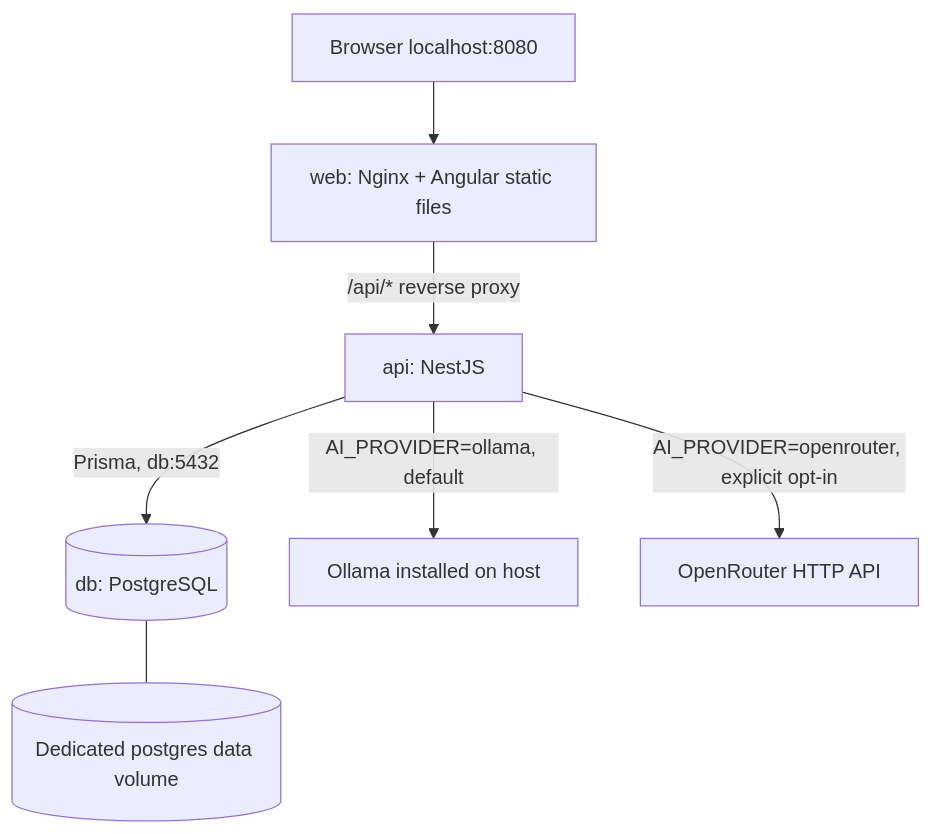
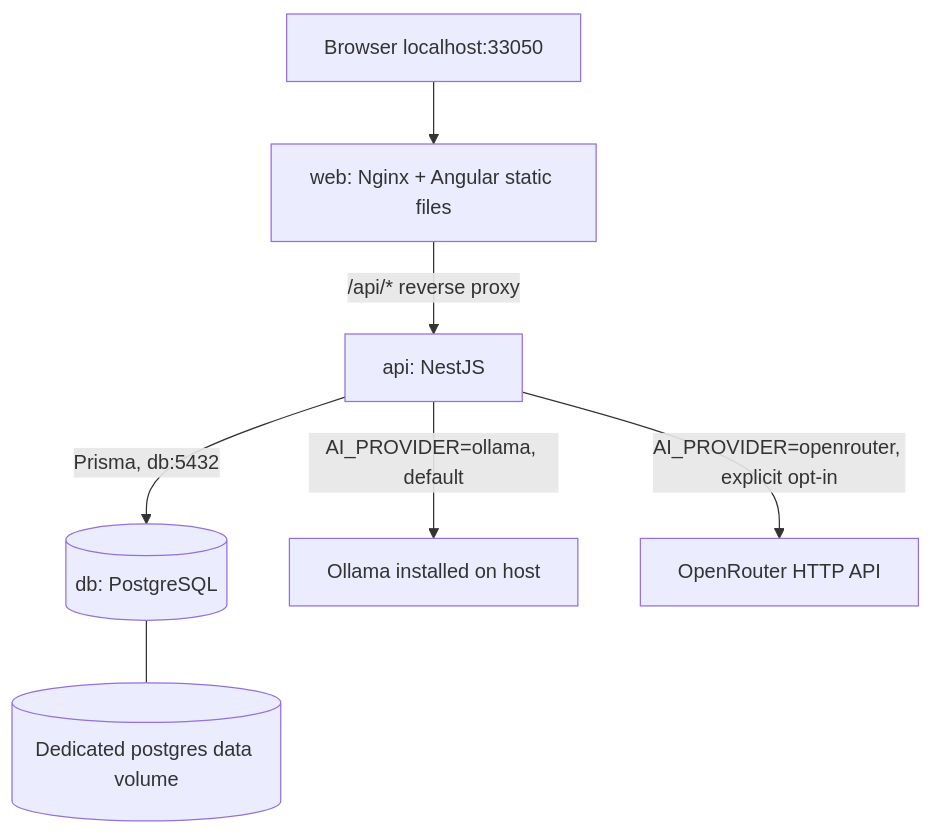
Before and after one commit to kereszteszsolt/stone-plan-ai: the diagram in docs/architecture.md, drawn with Mermaid. The commit also changed 21 other files, not shown here.

````diff
--- a/docs/architecture.md
+++ b/docs/architecture.md
@@ -9,9 +9,9 @@
 ```mermaid
 flowchart TD
-    B[Browser localhost:8080] --> WEB[web: Nginx + Angular static files]
+    B[Browser localhost:33050] --> WEB[web: Nginx + Angular static files]
     WEB -->|/api/* reverse proxy| API[api: NestJS]
     API -->|Prisma, db:5432| DB[(db: PostgreSQL)]
     DB --- VOL[(Dedicated postgres data volume)]
     API -->|AI_PROVIDER=ollama, default| AI[Ollama installed on host]
     API -->|AI_PROVIDER=openrouter, explicit opt-in| CLOUD[OpenRouter HTTP API]
 ```
````
